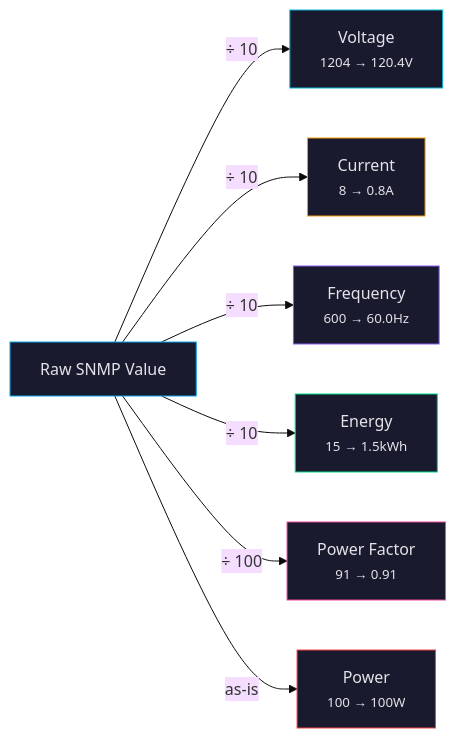
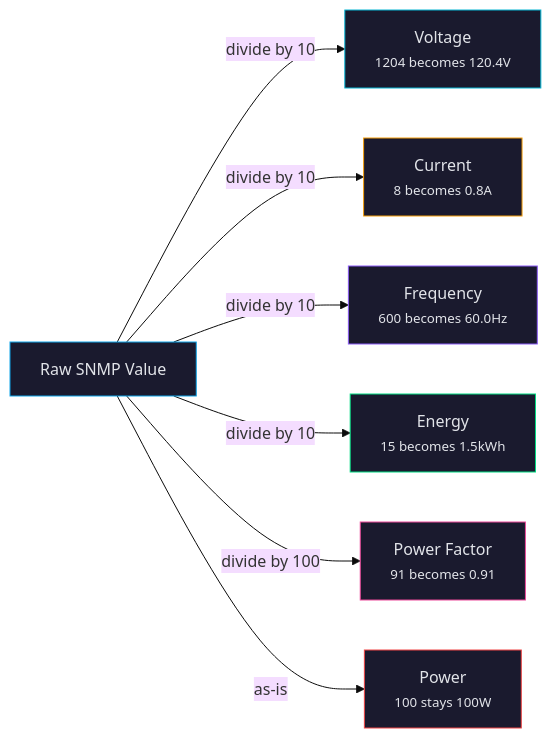
One commit to mvalancy/CyberPower-PDU changed the second of 2 diagrams in docs/snmp-oids.md. Above: the diagram before and after it, drawn with Mermaid (base theme). The commit also changed other lines of this file and 3 other files, not shown here.

````diff
--- a/docs/snmp-oids.md
+++ b/docs/snmp-oids.md
@@ -93,19 +212,19 @@
 ```mermaid
 graph LR
     Raw["Raw SNMP Value"]
 
-    Raw -->|"÷ 10"| Voltage["Voltage<br/><small>1204 → 120.4V</small>"]
-    Raw -->|"÷ 10"| Current["Current<br/><small>8 → 0.8A</small>"]
-    Raw -->|"÷ 10"| Frequency["Frequency<br/><small>600 → 60.0Hz</small>"]
-    Raw -->|"÷ 10"| Energy["Energy<br/><small>15 → 1.5kWh</small>"]
-    Raw -->|"÷ 100"| PF["Power Factor<br/><small>91 → 0.91</small>"]
-    Raw -->|"as-is"| Power["Power<br/><small>100 → 100W</small>"]
+    Raw -->|"divide by 10"| Voltage["Voltage<br/><small>1204 becomes 120.4V</small>"]
+    Raw -->|"divide by 10"| Current["Current<br/><small>8 becomes 0.8A</small>"]
+    Raw -->|"divide by 10"| Frequency["Frequency<br/><small>600 becomes 60.0Hz</small>"]
+    Raw -->|"divide by 10"| Energy["Energy<br/><small>15 becomes 1.5kWh</small>"]
+    Raw -->|"divide by 100"| PF["Power Factor<br/><small>91 becomes 0.91</small>"]
+    Raw -->|"as-is"| Power["Power<br/><small>100 stays 100W</small>"]
 
     style Raw fill:#1a1a2e,stroke:#0ea5e9,color:#e2e4e9
     style Voltage fill:#1a1a2e,stroke:#06b6d4,color:#e2e4e9
     style Current fill:#1a1a2e,stroke:#f59e0b,color:#e2e4e9
     style Frequency fill:#1a1a2e,stroke:#8b5cf6,color:#e2e4e9
     style Energy fill:#1a1a2e,stroke:#00dc82,color:#e2e4e9
     style PF fill:#1a1a2e,stroke:#ec4899,color:#e2e4e9
     style Power fill:#1a1a2e,stroke:#ef4444,color:#e2e4e9
 ```
````
